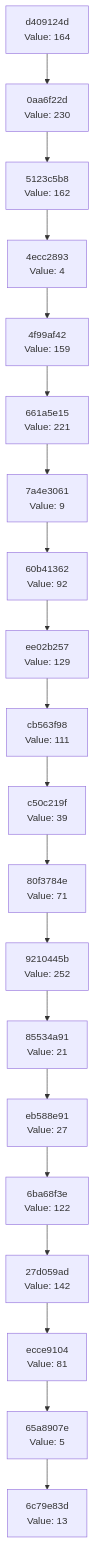
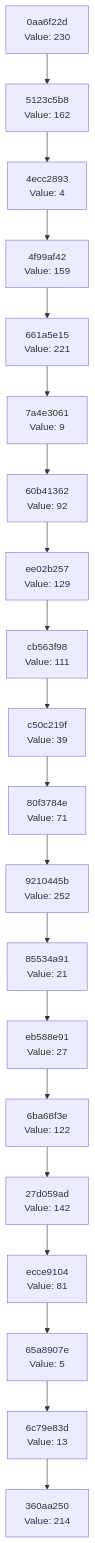
Before and after one commit to Abhisheksinha1506/hash-chain-evolver: the diagram in docs/CHAIN_VISUALIZATION.md, drawn with Mermaid. The commit also changed 3 other files, not shown here.

````diff
--- a/docs/CHAIN_VISUALIZATION.md
+++ b/docs/CHAIN_VISUALIZATION.md
@@ -3,42 +3,42 @@
 ```mermaid
 graph TD
-    C0["6c79e83d<br/>Value: 13"]
-    C1["65a8907e<br/>Value: 5"]
+    C0["360aa250<br/>Value: 214"]
+    C1["6c79e83d<br/>Value: 13"]
     C1 --> C0
-    C2["ecce9104<br/>Value: 81"]
+    C2["65a8907e<br/>Value: 5"]
     C2 --> C1
-    C3["27d059ad<br/>Value: 142"]
+    C3["ecce9104<br/>Value: 81"]
     C3 --> C2
-    C4["6ba68f3e<br/>Value: 122"]
+    C4["27d059ad<br/>Value: 142"]
     C4 --> C3
-    C5["eb588e91<br/>Value: 27"]
+    C5["6ba68f3e<br/>Value: 122"]
     C5 --> C4
-    C6["85534a91<br/>Value: 21"]
+    C6["eb588e91<br/>Value: 27"]
     C6 --> C5
-    C7["9210445b<br/>Value: 252"]
+    C7["85534a91<br/>Value: 21"]
     C7 --> C6
-    C8["80f3784e<br/>Value: 71"]
+    C8["9210445b<br/>Value: 252"]
     C8 --> C7
-    C9["c50c219f<br/>Value: 39"]
+    C9["80f3784e<br/>Value: 71"]
     C9 --> C8
-    C10["cb563f98<br/>Value: 111"]
+    C10["c50c219f<br/>Value: 39"]
     C10 --> C9
-    C11["ee02b257<br/>Value: 129"]
+    C11["cb563f98<br/>Value: 111"]
     C11 --> C10
-    C12["60b41362<br/>Value: 92"]
+    C12["ee02b257<br/>Value: 129"]
     C12 --> C11
-    C13["7a4e3061<br/>Value: 9"]
+    C13["60b41362<br/>Value: 92"]
     C13 --> C12
-    C14["661a5e15<br/>Value: 221"]
+    C14["7a4e3061<br/>Value: 9"]
     C14 --> C13
-    C15["4f99af42<br/>Value: 159"]
+    C15["661a5e15<br/>Value: 221"]
     C15 --> C14
-    C16["4ecc2893<br/>Value: 4"]
+    C16["4f99af42<br/>Value: 159"]
     C16 --> C15
-    C17["5123c5b8<br/>Value: 162"]
+    C17["4ecc2893<br/>Value: 4"]
     C17 --> C16
-    C18["0aa6f22d<br/>Value: 230"]
+    C18["5123c5b8<br/>Value: 162"]
     C18 --> C17
-    C19["d409124d<br/>Value: 164"]
+    C19["0aa6f22d<br/>Value: 230"]
     C19 --> C18
 ```
````
